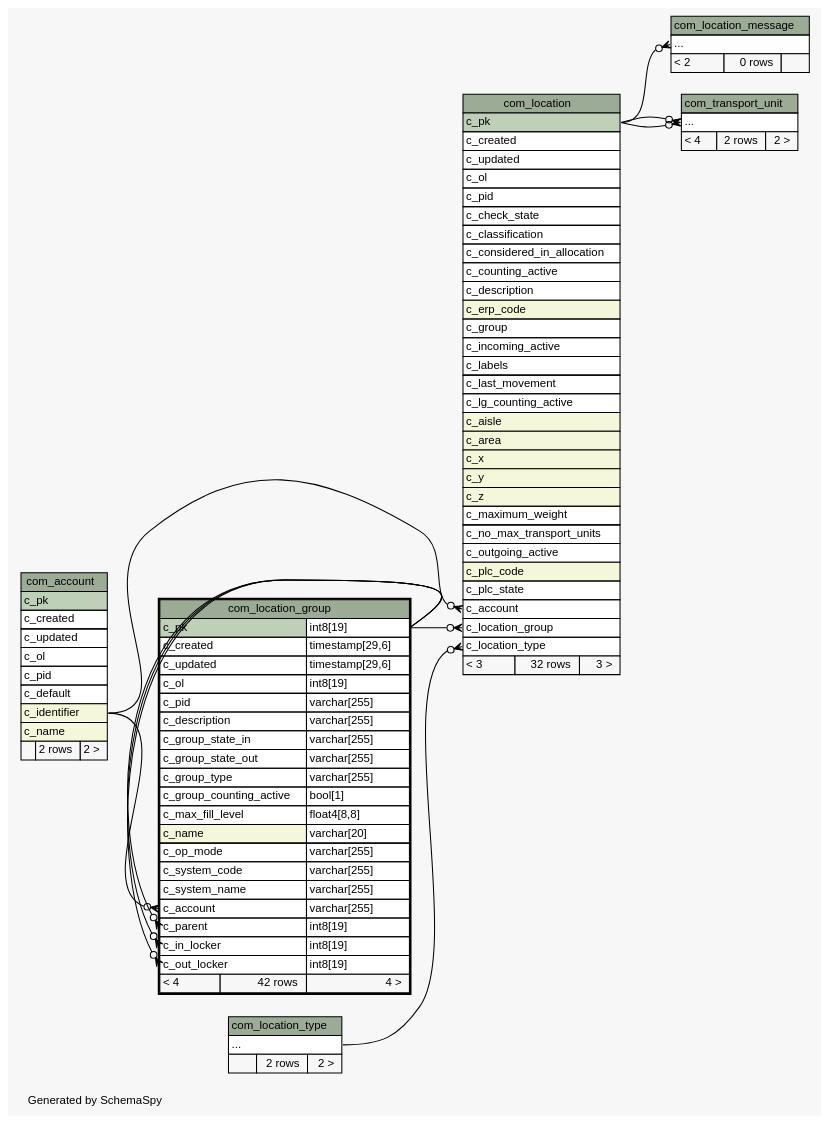
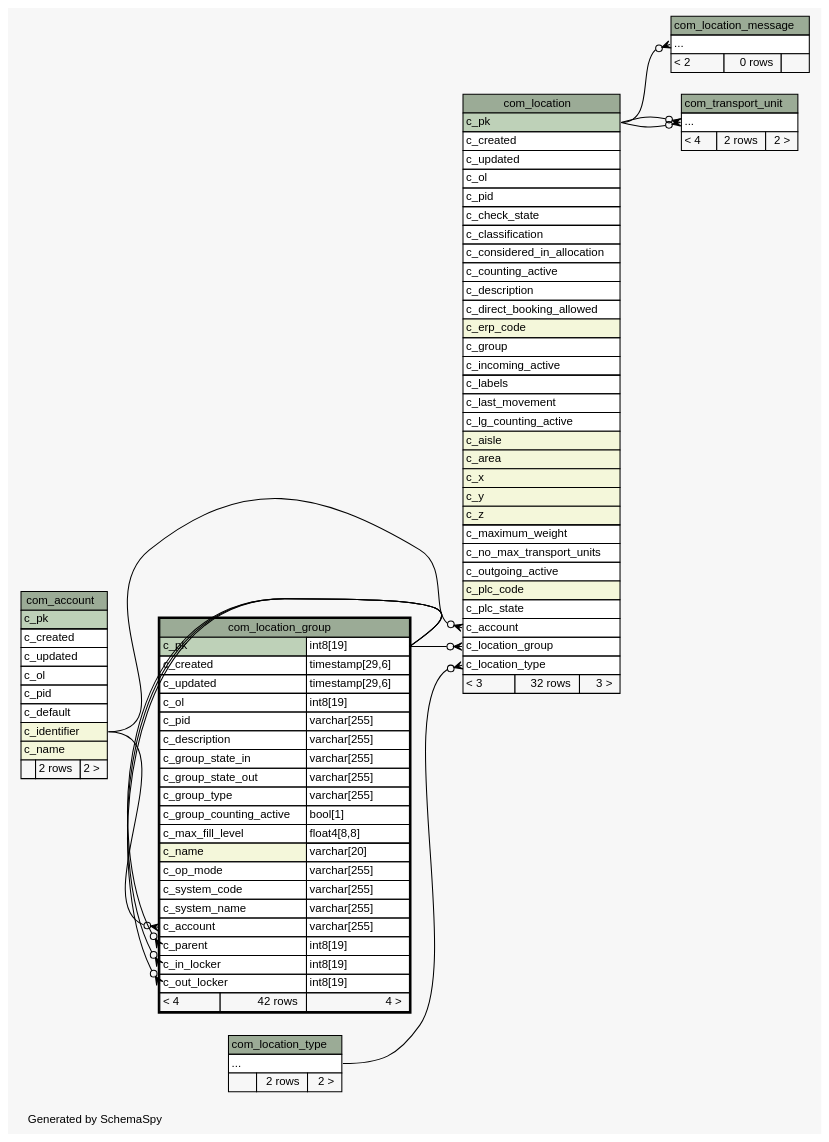
The diagram in 1.7.0-SNAPSHOT/schemaspy/diagrams/com_location_group.2degrees.dot (openwms/org.openwms.common.service.lib), drawn with Graphviz before and after one commit. The commit also changed 438 other files, not shown here.

```diff
--- a/1.7.0-SNAPSHOT/schemaspy/diagrams/com_location_group.2degrees.dot
+++ b/1.7.0-SNAPSHOT/schemaspy/diagrams/com_location_group.2degrees.dot
@@ -1,145 +1,146 @@
 // dot 2.38.0 on Linux 4.15.0-1077-gcp
 // SchemaSpy rev Unknown
 digraph "twoDegreesRelationshipsDiagram" {
   graph [
     rankdir="RL"
     bgcolor="#f7f7f7"
     label="\nGenerated by SchemaSpy"
     labeljust="l"
     nodesep="0.18"
     ranksep="0.46"
     fontname="Helvetica"
     fontsize="11"
   ];
   node [
     fontname="Helvetica"
     fontsize="11"
     shape="plaintext"
   ];
   edge [
     arrowsize="0.8"
   ];
   "com_location":"c_account":w -> "com_account":"c_identifier":e [arrowhead=none dir=back arrowtail=crowodot];
   "com_location":"c_location_group":w -> "com_location_group":"c_pk.type":e [arrowhead=none dir=back arrowtail=crowodot];
   "com_location":"c_location_type":w -> "com_location_type":"elipses":e [arrowhead=none dir=back arrowtail=crowodot];
   "com_location_group":"c_account":w -> "com_account":"c_identifier":e [arrowhead=none dir=back arrowtail=crowodot];
   "com_location_group":"c_in_locker":w -> "com_location_group":"c_pk.type":e [arrowhead=none dir=back arrowtail=crowodot];
   "com_location_group":"c_out_locker":w -> "com_location_group":"c_pk.type":e [arrowhead=none dir=back arrowtail=crowodot];
   "com_location_group":"c_parent":w -> "com_location_group":"c_pk.type":e [arrowhead=none dir=back arrowtail=crowodot];
   "com_location_message":"elipses":w -> "com_location":"c_pk":e [arrowhead=none dir=back arrowtail=crowodot];
   "com_transport_unit":"elipses":w -> "com_location":"c_pk":e [arrowhead=none dir=back arrowtail=crowodot];
   "com_transport_unit":"elipses":w -> "com_location":"c_pk":e [arrowhead=none dir=back arrowtail=crowodot];
   "com_account" [
     label=<
     <TABLE BORDER="0" CELLBORDER="1" CELLSPACING="0" BGCOLOR="#ffffff">
       <TR><TD COLSPAN="3" BGCOLOR="#9bab96" ALIGN="CENTER">com_account</TD></TR>
       <TR><TD PORT="c_pk" COLSPAN="3" BGCOLOR="#bed1b8" ALIGN="LEFT">c_pk</TD></TR>
       <TR><TD PORT="c_created" COLSPAN="3" ALIGN="LEFT">c_created</TD></TR>
       <TR><TD PORT="c_updated" COLSPAN="3" ALIGN="LEFT">c_updated</TD></TR>
       <TR><TD PORT="c_ol" COLSPAN="3" ALIGN="LEFT">c_ol</TD></TR>
       <TR><TD PORT="c_pid" COLSPAN="3" ALIGN="LEFT">c_pid</TD></TR>
       <TR><TD PORT="c_default" COLSPAN="3" ALIGN="LEFT">c_default</TD></TR>
       <TR><TD PORT="c_identifier" COLSPAN="3" BGCOLOR="#f4f7da" ALIGN="LEFT">c_identifier</TD></TR>
       <TR><TD PORT="c_name" COLSPAN="3" BGCOLOR="#f4f7da" ALIGN="LEFT">c_name</TD></TR>
       <TR><TD ALIGN="LEFT" BGCOLOR="#f7f7f7">  </TD><TD ALIGN="RIGHT" BGCOLOR="#f7f7f7">2 rows</TD><TD ALIGN="RIGHT" BGCOLOR="#f7f7f7">2 &gt;</TD></TR>
     </TABLE>>
     URL="com_account.html"
     tooltip="com_account"
   ];
   "com_location" [
     label=<
     <TABLE BORDER="0" CELLBORDER="1" CELLSPACING="0" BGCOLOR="#ffffff">
       <TR><TD COLSPAN="3" BGCOLOR="#9bab96" ALIGN="CENTER">com_location</TD></TR>
       <TR><TD PORT="c_pk" COLSPAN="3" BGCOLOR="#bed1b8" ALIGN="LEFT">c_pk</TD></TR>
       <TR><TD PORT="c_created" COLSPAN="3" ALIGN="LEFT">c_created</TD></TR>
       <TR><TD PORT="c_updated" COLSPAN="3" ALIGN="LEFT">c_updated</TD></TR>
       <TR><TD PORT="c_ol" COLSPAN="3" ALIGN="LEFT">c_ol</TD></TR>
       <TR><TD PORT="c_pid" COLSPAN="3" ALIGN="LEFT">c_pid</TD></TR>
       <TR><TD PORT="c_check_state" COLSPAN="3" ALIGN="LEFT">c_check_state</TD></TR>
       <TR><TD PORT="c_classification" COLSPAN="3" ALIGN="LEFT">c_classification</TD></TR>
       <TR><TD PORT="c_considered_in_allocation" COLSPAN="3" ALIGN="LEFT">c_considered_in_allocation</TD></TR>
       <TR><TD PORT="c_counting_active" COLSPAN="3" ALIGN="LEFT">c_counting_active</TD></TR>
       <TR><TD PORT="c_description" COLSPAN="3" ALIGN="LEFT">c_description</TD></TR>
+      <TR><TD PORT="c_direct_booking_allowed" COLSPAN="3" ALIGN="LEFT">c_direct_booking_allowed</TD></TR>
       <TR><TD PORT="c_erp_code" COLSPAN="3" BGCOLOR="#f4f7da" ALIGN="LEFT">c_erp_code</TD></TR>
       <TR><TD PORT="c_group" COLSPAN="3" ALIGN="LEFT">c_group</TD></TR>
       <TR><TD PORT="c_incoming_active" COLSPAN="3" ALIGN="LEFT">c_incoming_active</TD></TR>
       <TR><TD PORT="c_labels" COLSPAN="3" ALIGN="LEFT">c_labels</TD></TR>
       <TR><TD PORT="c_last_movement" COLSPAN="3" ALIGN="LEFT">c_last_movement</TD></TR>
       <TR><TD PORT="c_lg_counting_active" COLSPAN="3" ALIGN="LEFT">c_lg_counting_active</TD></TR>
       <TR><TD PORT="c_aisle" COLSPAN="3" BGCOLOR="#f4f7da" ALIGN="LEFT">c_aisle</TD></TR>
       <TR><TD PORT="c_area" COLSPAN="3" BGCOLOR="#f4f7da" ALIGN="LEFT">c_area</TD></TR>
       <TR><TD PORT="c_x" COLSPAN="3" BGCOLOR="#f4f7da" ALIGN="LEFT">c_x</TD></TR>
       <TR><TD PORT="c_y" COLSPAN="3" BGCOLOR="#f4f7da" ALIGN="LEFT">c_y</TD></TR>
       <TR><TD PORT="c_z" COLSPAN="3" BGCOLOR="#f4f7da" ALIGN="LEFT">c_z</TD></TR>
       <TR><TD PORT="c_maximum_weight" COLSPAN="3" ALIGN="LEFT">c_maximum_weight</TD></TR>
       <TR><TD PORT="c_no_max_transport_units" COLSPAN="3" ALIGN="LEFT">c_no_max_transport_units</TD></TR>
       <TR><TD PORT="c_outgoing_active" COLSPAN="3" ALIGN="LEFT">c_outgoing_active</TD></TR>
       <TR><TD PORT="c_plc_code" COLSPAN="3" BGCOLOR="#f4f7da" ALIGN="LEFT">c_plc_code</TD></TR>
       <TR><TD PORT="c_plc_state" COLSPAN="3" ALIGN="LEFT">c_plc_state</TD></TR>
       <TR><TD PORT="c_account" COLSPAN="3" ALIGN="LEFT">c_account</TD></TR>
       <TR><TD PORT="c_location_group" COLSPAN="3" ALIGN="LEFT">c_location_group</TD></TR>
       <TR><TD PORT="c_location_type" COLSPAN="3" ALIGN="LEFT">c_location_type</TD></TR>
       <TR><TD ALIGN="LEFT" BGCOLOR="#f7f7f7">&lt; 3</TD><TD ALIGN="RIGHT" BGCOLOR="#f7f7f7">32 rows</TD><TD ALIGN="RIGHT" BGCOLOR="#f7f7f7">3 &gt;</TD></TR>
     </TABLE>>
     URL="com_location.html"
     tooltip="com_location"
   ];
   "com_location_group" [
     label=<
     <TABLE BORDER="2" CELLBORDER="1" CELLSPACING="0" BGCOLOR="#ffffff">
       <TR><TD COLSPAN="3" BGCOLOR="#9bab96" ALIGN="CENTER">com_location_group</TD></TR>
       <TR><TD PORT="c_pk" COLSPAN="2" BGCOLOR="#bed1b8" ALIGN="LEFT">c_pk</TD><TD PORT="c_pk.type" ALIGN="LEFT">int8[19]</TD></TR>
       <TR><TD PORT="c_created" COLSPAN="2" ALIGN="LEFT">c_created</TD><TD PORT="c_created.type" ALIGN="LEFT">timestamp[29,6]</TD></TR>
       <TR><TD PORT="c_updated" COLSPAN="2" ALIGN="LEFT">c_updated</TD><TD PORT="c_updated.type" ALIGN="LEFT">timestamp[29,6]</TD></TR>
       <TR><TD PORT="c_ol" COLSPAN="2" ALIGN="LEFT">c_ol</TD><TD PORT="c_ol.type" ALIGN="LEFT">int8[19]</TD></TR>
       <TR><TD PORT="c_pid" COLSPAN="2" ALIGN="LEFT">c_pid</TD><TD PORT="c_pid.type" ALIGN="LEFT">varchar[255]</TD></TR>
       <TR><TD PORT="c_description" COLSPAN="2" ALIGN="LEFT">c_description</TD><TD PORT="c_description.type" ALIGN="LEFT">varchar[255]</TD></TR>
       <TR><TD PORT="c_group_state_in" COLSPAN="2" ALIGN="LEFT">c_group_state_in</TD><TD PORT="c_group_state_in.type" ALIGN="LEFT">varchar[255]</TD></TR>
       <TR><TD PORT="c_group_state_out" COLSPAN="2" ALIGN="LEFT">c_group_state_out</TD><TD PORT="c_group_state_out.type" ALIGN="LEFT">varchar[255]</TD></TR>
       <TR><TD PORT="c_group_type" COLSPAN="2" ALIGN="LEFT">c_group_type</TD><TD PORT="c_group_type.type" ALIGN="LEFT">varchar[255]</TD></TR>
       <TR><TD PORT="c_group_counting_active" COLSPAN="2" ALIGN="LEFT">c_group_counting_active</TD><TD PORT="c_group_counting_active.type" ALIGN="LEFT">bool[1]</TD></TR>
       <TR><TD PORT="c_max_fill_level" COLSPAN="2" ALIGN="LEFT">c_max_fill_level</TD><TD PORT="c_max_fill_level.type" ALIGN="LEFT">float4[8,8]</TD></TR>
       <TR><TD PORT="c_name" COLSPAN="2" BGCOLOR="#f4f7da" ALIGN="LEFT">c_name</TD><TD PORT="c_name.type" ALIGN="LEFT">varchar[20]</TD></TR>
       <TR><TD PORT="c_op_mode" COLSPAN="2" ALIGN="LEFT">c_op_mode</TD><TD PORT="c_op_mode.type" ALIGN="LEFT">varchar[255]</TD></TR>
       <TR><TD PORT="c_system_code" COLSPAN="2" ALIGN="LEFT">c_system_code</TD><TD PORT="c_system_code.type" ALIGN="LEFT">varchar[255]</TD></TR>
       <TR><TD PORT="c_system_name" COLSPAN="2" ALIGN="LEFT">c_system_name</TD><TD PORT="c_system_name.type" ALIGN="LEFT">varchar[255]</TD></TR>
       <TR><TD PORT="c_account" COLSPAN="2" ALIGN="LEFT">c_account</TD><TD PORT="c_account.type" ALIGN="LEFT">varchar[255]</TD></TR>
       <TR><TD PORT="c_parent" COLSPAN="2" ALIGN="LEFT">c_parent</TD><TD PORT="c_parent.type" ALIGN="LEFT">int8[19]</TD></TR>
       <TR><TD PORT="c_in_locker" COLSPAN="2" ALIGN="LEFT">c_in_locker</TD><TD PORT="c_in_locker.type" ALIGN="LEFT">int8[19]</TD></TR>
       <TR><TD PORT="c_out_locker" COLSPAN="2" ALIGN="LEFT">c_out_locker</TD><TD PORT="c_out_locker.type" ALIGN="LEFT">int8[19]</TD></TR>
       <TR><TD ALIGN="LEFT" BGCOLOR="#f7f7f7">&lt; 4</TD><TD ALIGN="RIGHT" BGCOLOR="#f7f7f7">42 rows</TD><TD ALIGN="RIGHT" BGCOLOR="#f7f7f7">4 &gt;</TD></TR>
     </TABLE>>
     URL="com_location_group.html"
     tooltip="com_location_group"
   ];
   "com_location_message" [
     label=<
     <TABLE BORDER="0" CELLBORDER="1" CELLSPACING="0" BGCOLOR="#ffffff">
       <TR><TD COLSPAN="3" BGCOLOR="#9bab96" ALIGN="CENTER">com_location_message</TD></TR>
       <TR><TD PORT="elipses" COLSPAN="3" ALIGN="LEFT">...</TD></TR>
       <TR><TD ALIGN="LEFT" BGCOLOR="#f7f7f7">&lt; 2</TD><TD ALIGN="RIGHT" BGCOLOR="#f7f7f7">0 rows</TD><TD ALIGN="RIGHT" BGCOLOR="#f7f7f7">  </TD></TR>
     </TABLE>>
     URL="com_location_message.html"
     tooltip="com_location_message"
   ];
   "com_location_type" [
     label=<
     <TABLE BORDER="0" CELLBORDER="1" CELLSPACING="0" BGCOLOR="#ffffff">
       <TR><TD COLSPAN="3" BGCOLOR="#9bab96" ALIGN="CENTER">com_location_type</TD></TR>
       <TR><TD PORT="elipses" COLSPAN="3" ALIGN="LEFT">...</TD></TR>
       <TR><TD ALIGN="LEFT" BGCOLOR="#f7f7f7">  </TD><TD ALIGN="RIGHT" BGCOLOR="#f7f7f7">2 rows</TD><TD ALIGN="RIGHT" BGCOLOR="#f7f7f7">2 &gt;</TD></TR>
     </TABLE>>
     URL="com_location_type.html"
     tooltip="com_location_type"
   ];
   "com_transport_unit" [
     label=<
     <TABLE BORDER="0" CELLBORDER="1" CELLSPACING="0" BGCOLOR="#ffffff">
       <TR><TD COLSPAN="3" BGCOLOR="#9bab96" ALIGN="CENTER">com_transport_unit</TD></TR>
       <TR><TD PORT="elipses" COLSPAN="3" ALIGN="LEFT">...</TD></TR>
       <TR><TD ALIGN="LEFT" BGCOLOR="#f7f7f7">&lt; 4</TD><TD ALIGN="RIGHT" BGCOLOR="#f7f7f7">2 rows</TD><TD ALIGN="RIGHT" BGCOLOR="#f7f7f7">2 &gt;</TD></TR>
     </TABLE>>
     URL="com_transport_unit.html"
     tooltip="com_transport_unit"
   ];
 }
```
